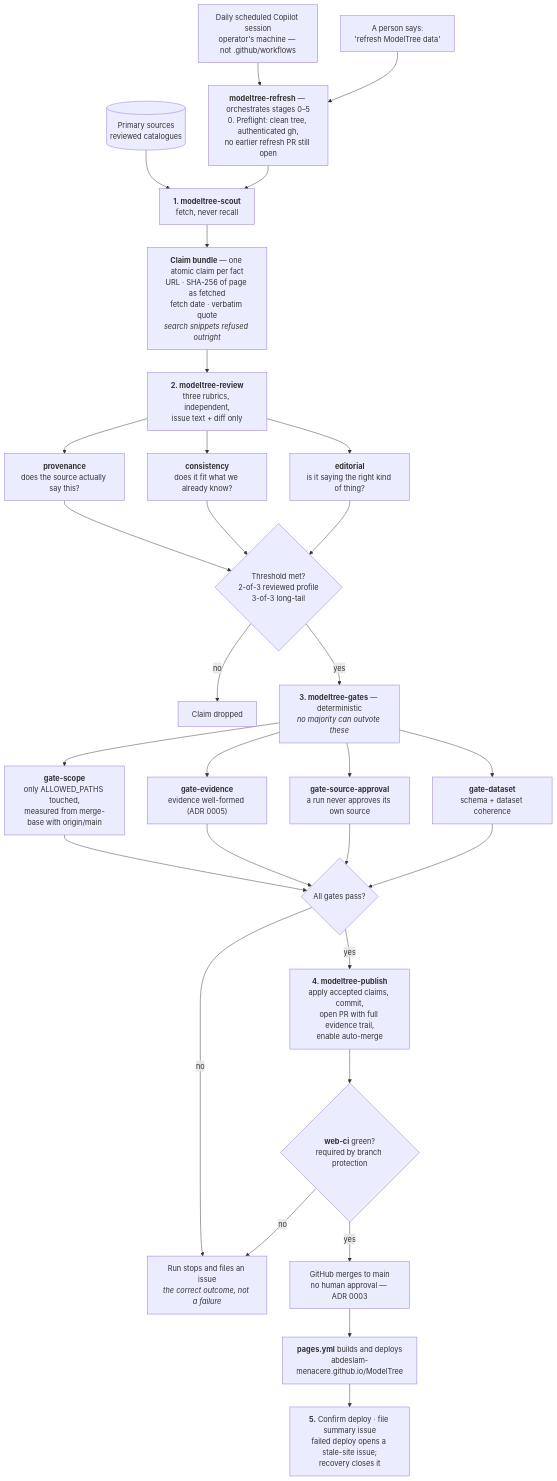
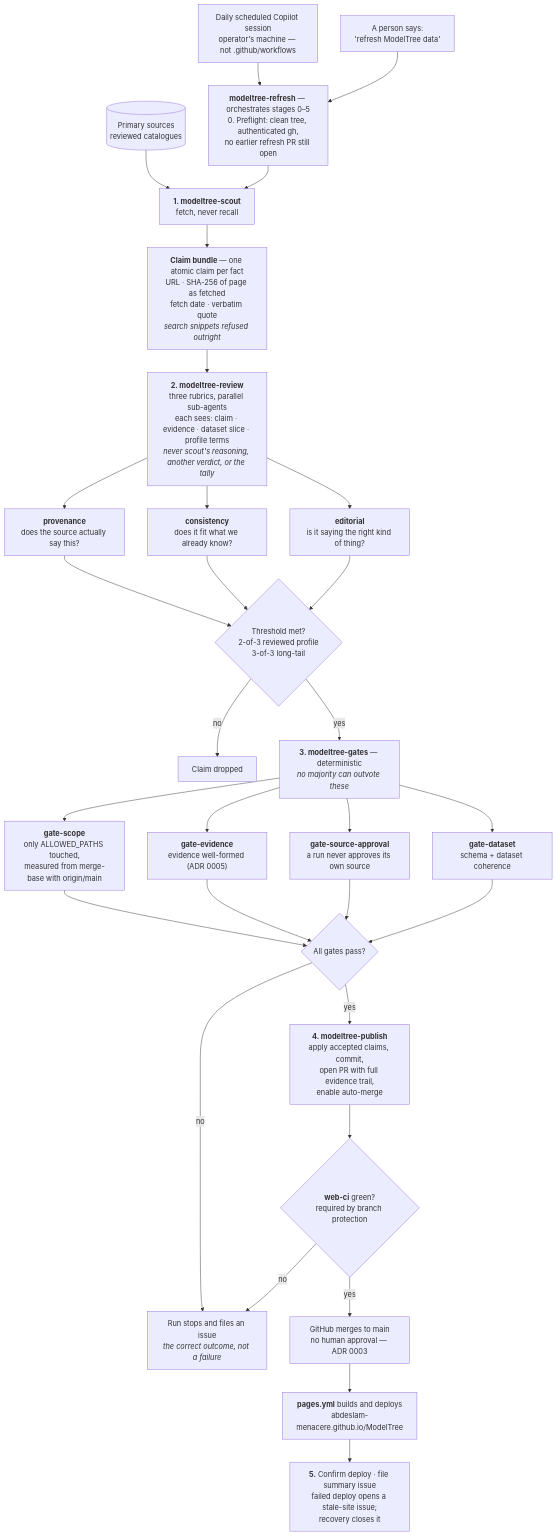
The diagram in README.md (abdeslam-menacere/ModelTree), drawn with Mermaid before and after one commit.

Commit message:
docs: describe modeltree-review's real reviewer inputs in the diagram
The review node claimed reviewers see 'issue text + diff only'. That describes
the Drydock reviewer gate on the human-issue path, which this diagram
deliberately excludes, and it misstates the integrity property the pipeline
rests on.

Per .github/skills/modeltree-review/SKILL.md, each of the three rubric
reviewers is a parallel sub-agent receiving the claim, its evidence, the
relevant dataset slice, and the creator profile's terminology. Independence is
defined by what it is not shown: the scout's reasoning, another reviewer's
verdict, and the running tally.

One label. No other node changed.

Refs #484

````diff
--- a/README.md
+++ b/README.md
@@ -97,41 +97,41 @@
 ```mermaid
 flowchart TD
     A1["Daily scheduled Copilot session<br/>operator's machine — not .github/workflows"]
     A2["A person says:<br/>'refresh ModelTree data'"]
     A1 --> R
     A2 --> R
     R["<b>modeltree-refresh</b> — orchestrates stages 0–5<br/>0. Preflight: clean tree, authenticated gh,<br/>no earlier refresh PR still open"]
 
     P[("Primary sources<br/>reviewed catalogues")] --> S
     R --> S["<b>1. modeltree-scout</b><br/>fetch, never recall"]
     S --> B["<b>Claim bundle</b> — one atomic claim per fact<br/>URL · SHA-256 of page as fetched<br/>fetch date · verbatim quote<br/><i>search snippets refused outright</i>"]
 
-    B --> V["<b>2. modeltree-review</b><br/>three rubrics, independent,<br/>issue text + diff only"]
+    B --> V["<b>2. modeltree-review</b><br/>three rubrics, parallel sub-agents<br/>each sees: claim · evidence · dataset slice · profile terms<br/><i>never scout's reasoning, another verdict, or the tally</i>"]
     V --> V1["<b>provenance</b><br/>does the source actually say this?"]
     V --> V2["<b>consistency</b><br/>does it fit what we already know?"]
     V --> V3["<b>editorial</b><br/>is it saying the right kind of thing?"]
     V1 --> T
     V2 --> T
     V3 --> T
     T{"Threshold met?<br/>2-of-3 reviewed profile<br/>3-of-3 long-tail"}
     T -- no --> DROP["Claim dropped"]
 
     T -- yes --> G["<b>3. modeltree-gates</b> — deterministic<br/><i>no majority can outvote these</i>"]
     G --> G1["<b>gate-scope</b><br/>only ALLOWED_PATHS touched,<br/>measured from merge-base with origin/main"]
     G --> G2["<b>gate-evidence</b><br/>evidence well-formed (ADR 0005)"]
     G --> G3["<b>gate-source-approval</b><br/>a run never approves its own source"]
     G --> G4["<b>gate-dataset</b><br/>schema + dataset coherence"]
     G1 --> GG
     G2 --> GG
     G3 --> GG
     G4 --> GG
     GG{"All gates pass?"}
     GG -- no --> STOP["Run stops and files an issue<br/><i>the correct outcome, not a failure</i>"]
 
     GG -- yes --> PUB["<b>4. modeltree-publish</b><br/>apply accepted claims, commit,<br/>open PR with full evidence trail,<br/>enable auto-merge"]
     PUB --> CI{"<b>web-ci</b> green?<br/>required by branch protection"}
     CI -- no --> STOP
     CI -- yes --> M["GitHub merges to main<br/>no human approval — ADR 0003"]
     M --> PGS["<b>pages.yml</b> builds and deploys<br/>abdeslam-menacere.github.io/ModelTree"]
     PGS --> SUM["<b>5.</b> Confirm deploy · file summary issue<br/>failed deploy opens a stale-site issue;<br/>recovery closes it"]
 ```
````
